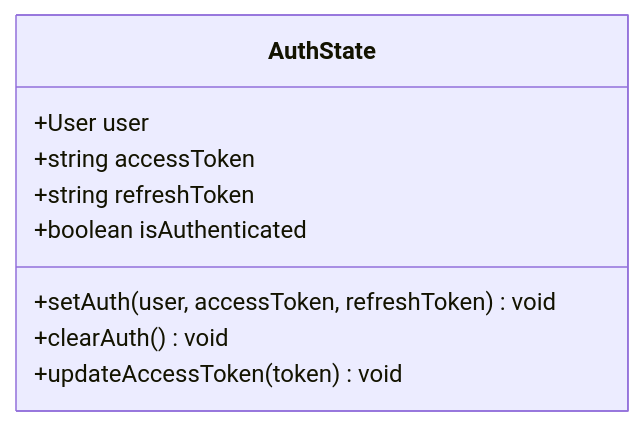
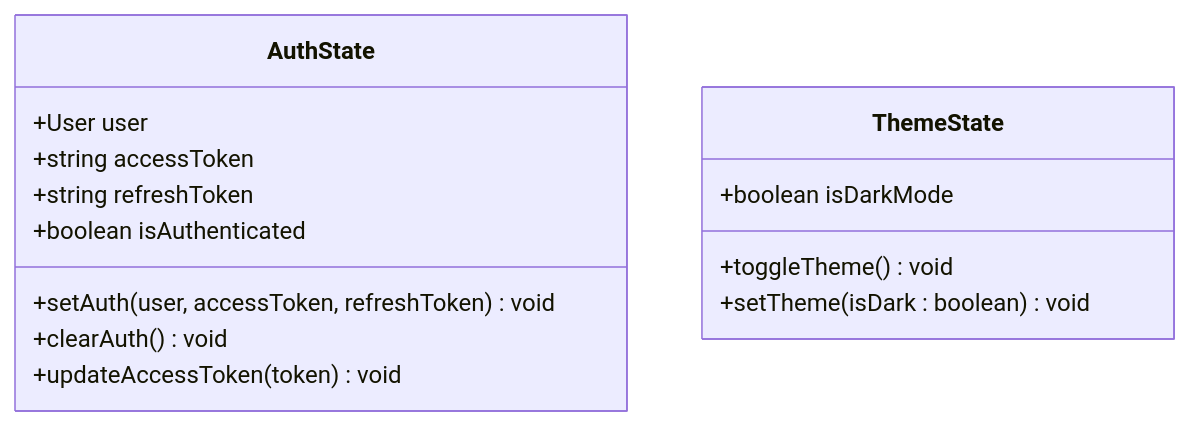
Diagram 11 of 12 in .qoder/repowiki/en/content/Frontend Application/Frontend Application.md (Vostrikov2014/vks-qoder), drawn with Mermaid before and after one commit. The commit also changed other lines of this file and 18 other files, not shown here.

````diff
--- a/.qoder/repowiki/en/content/Frontend Application/Frontend Application.md
+++ b/.qoder/repowiki/en/content/Frontend Application/Frontend Application.md
@@ -383,12 +464,17 @@
 ```mermaid
 classDiagram
 class AuthState {
 +User user
 +string accessToken
 +string refreshToken
 +boolean isAuthenticated
 +setAuth(user, accessToken, refreshToken) void
 +clearAuth() void
 +updateAccessToken(token) void
 }
+class ThemeState {
++boolean isDarkMode
++toggleTheme() void
++setTheme(isDark : boolean) void
+}
 ```
````
